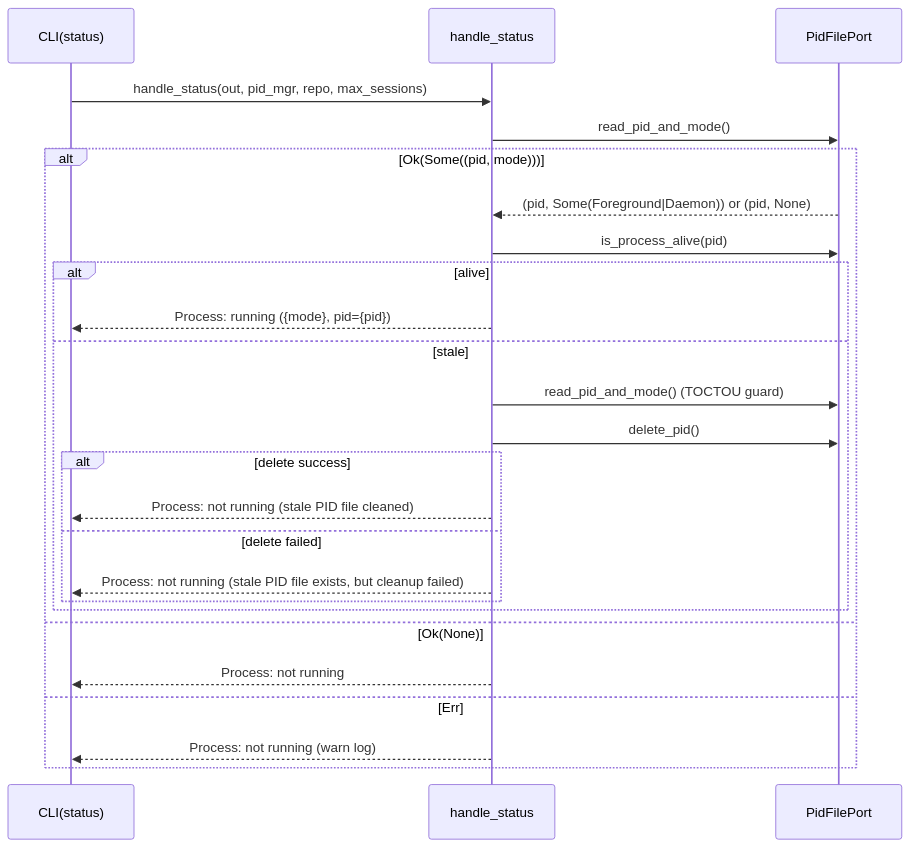
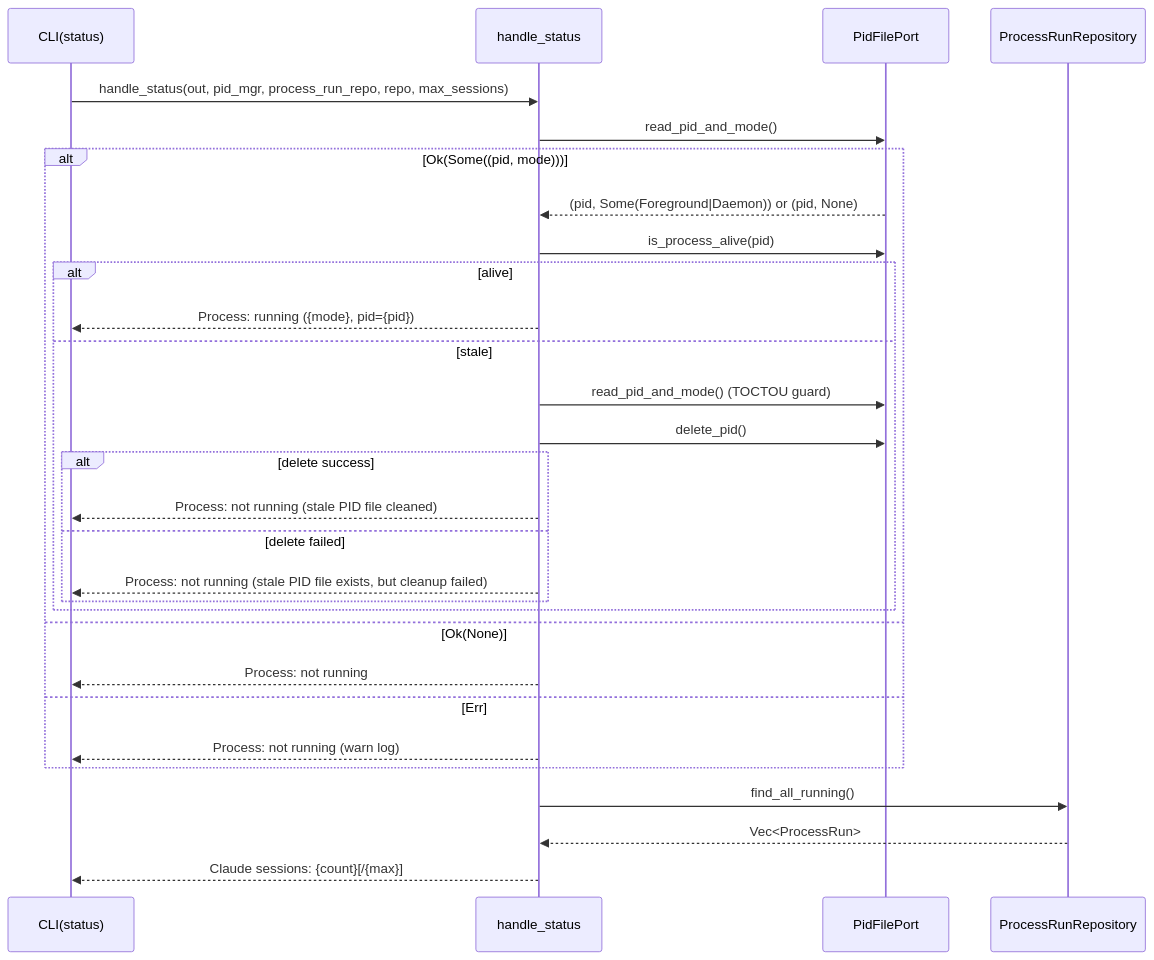
Before and after one commit to kyuki3rain/cupola: the second of 2 diagrams in .cupola/specs/issue-198/design.md, drawn with Mermaid. The commit also changed other lines of this file, not shown here.

First line of the commit message:
docs: include running_count real implementation in issue-198 scope

````diff
--- a/.cupola/specs/issue-198/design.md
+++ b/.cupola/specs/issue-198/design.md
@@ -83,28 +84,32 @@
 ```mermaid
 sequenceDiagram
     participant CLI as CLI(status)
     participant App as handle_status
     participant Port as PidFilePort
+    participant RunRepo as ProcessRunRepository
 
-    CLI->>App: handle_status(out, pid_mgr, repo, max_sessions)
+    CLI->>App: handle_status(out, pid_mgr, process_run_repo, repo, max_sessions)
     App->>Port: read_pid_and_mode()
     alt Ok(Some((pid, mode)))
         Port-->>App: (pid, Some(Foreground|Daemon)) or (pid, None)
         App->>Port: is_process_alive(pid)
         alt alive
             App-->>CLI: Process: running ({mode}, pid={pid})
         else stale
             App->>Port: read_pid_and_mode() (TOCTOU guard)
             App->>Port: delete_pid()
             alt delete success
                 App-->>CLI: Process: not running (stale PID file cleaned)
             else delete failed
                 App-->>CLI: Process: not running (stale PID file exists, but cleanup failed)
             end
         end
     else Ok(None)
         App-->>CLI: Process: not running
     else Err
         App-->>CLI: Process: not running (warn log)
     end
+    App->>RunRepo: find_all_running()
+    RunRepo-->>App: Vec<ProcessRun>
+    App-->>CLI: Claude sessions: {count}[/{max}]
 ```
````
